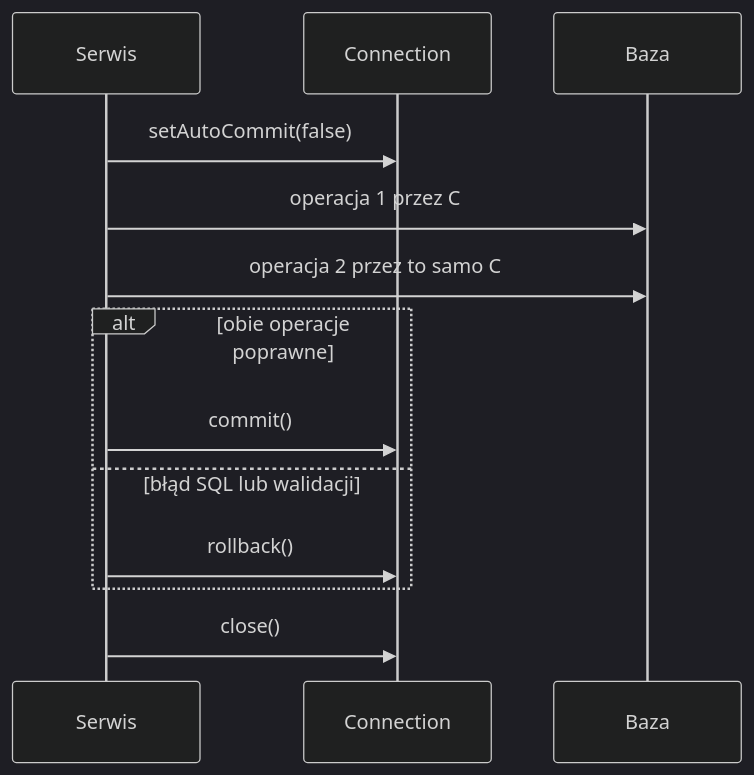
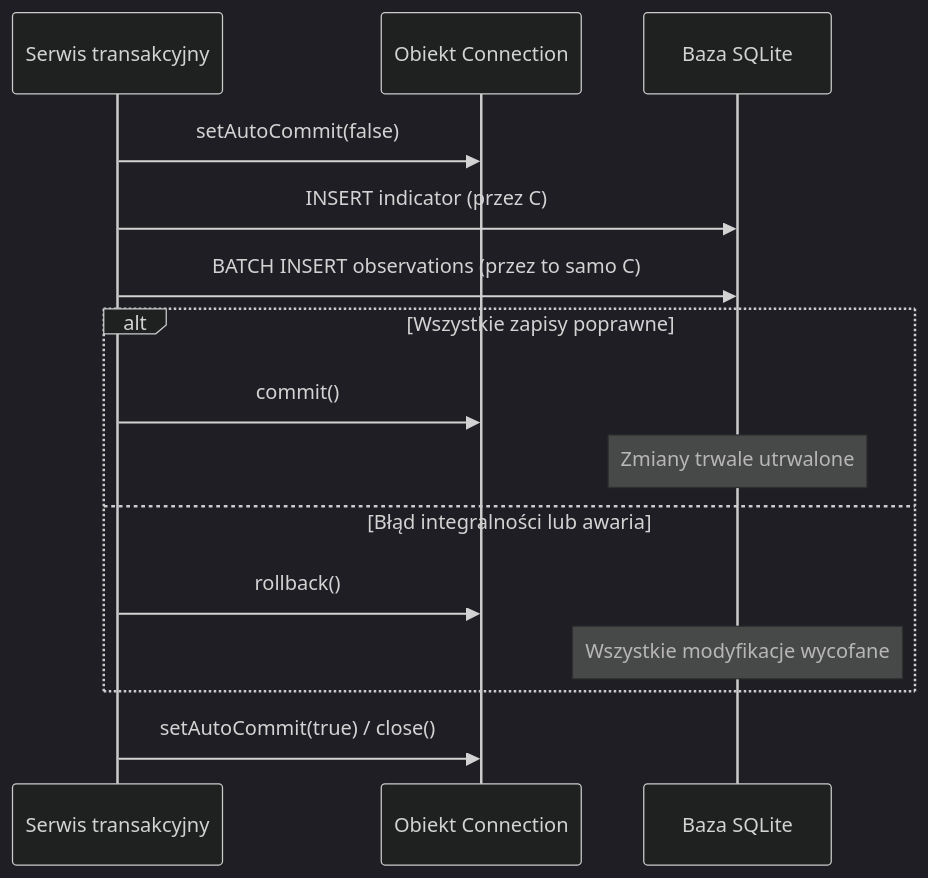
Before and after one commit to wgalka/PO2-Java: the second of 3 diagrams in 2026-2027/lab3/README.md, drawn with Mermaid (dark theme). The commit also changed other lines of this file and 64 other files, not shown here.

````diff
--- a/2026-2027/lab3/README.md
+++ b/2026-2027/lab3/README.md
@@ -242,15 +378,17 @@
 ```mermaid
 sequenceDiagram
-    participant S as Serwis
-    participant C as Connection
-    participant B as Baza
+    participant S as Serwis transakcyjny
+    participant C as Obiekt Connection
+    participant B as Baza SQLite
     S->>C: setAutoCommit(false)
-    S->>B: operacja 1 przez C
-    S->>B: operacja 2 przez to samo C
-    alt obie operacje poprawne
+    S->>B: INSERT indicator (przez C)
+    S->>B: BATCH INSERT observations (przez to samo C)
+    alt Wszystkie zapisy poprawne
         S->>C: commit()
-    else błąd SQL lub walidacji
+        Note over B: Zmiany trwale utrwalone
+    else Błąd integralności lub awaria
         S->>C: rollback()
+        Note over B: Wszystkie modyfikacje wycofane
     end
-    S->>C: close()
+    S->>C: setAutoCommit(true) / close()
 ```
````
